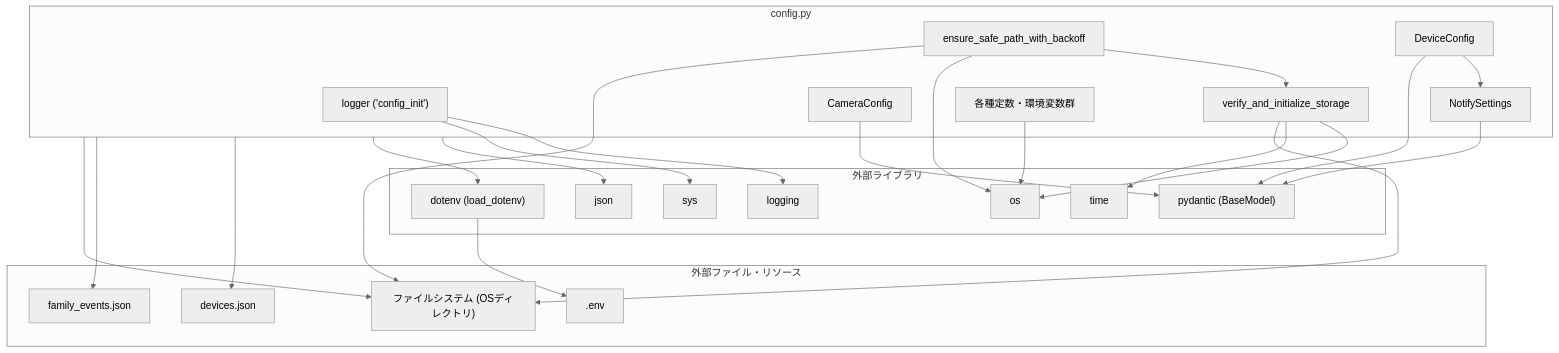
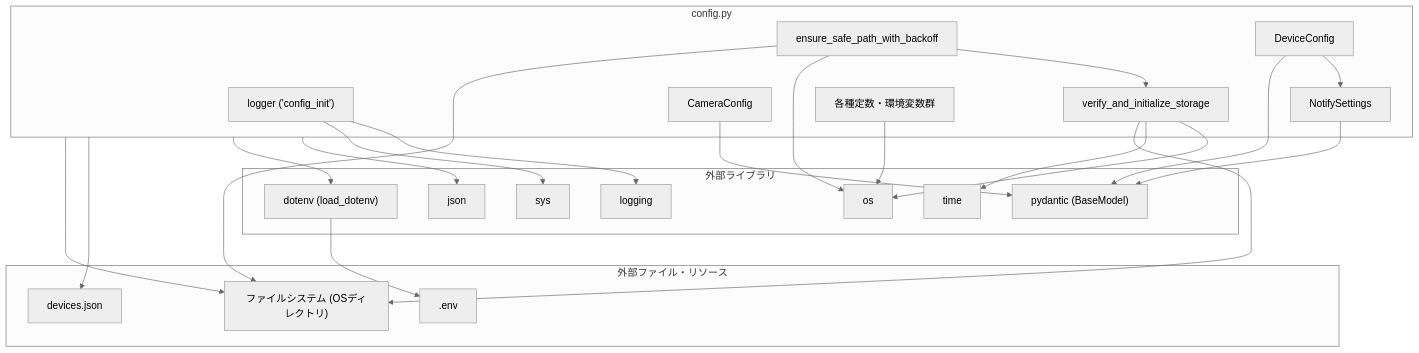
The second of 2 diagrams in docs/specifications/MY_HOME_SYSTEM/config.md (mmtigers/my_python_project), drawn with Mermaid (neutral theme) before and after one commit. The commit also changed other lines of this file and 46 other files, not shown here.

````diff
--- a/docs/specifications/MY_HOME_SYSTEM/config.md
+++ b/docs/specifications/MY_HOME_SYSTEM/config.md
@@ -304,55 +296,53 @@
 ```mermaid
 flowchart TD
     subgraph SubConfig["config.py"]
         logger["logger ('config_init')"]
         verify_and_initialize_storage
         ensure_safe_path_with_backoff
         CameraConfig
         NotifySettings
         DeviceConfig
         EnvVars["各種定数・環境変数群"]
     end
 
     subgraph SubExtLibs["外部ライブラリ"]
         os
         sys
         json
         time
         logging
         dotenv["dotenv (load_dotenv)"]
         pydantic["pydantic (BaseModel)"]
     end
 
     subgraph SubResources["外部ファイル・リソース"]
         env_file[".env"]
         devices_json["devices.json"]
-        family_events_json["family_events.json"]
         file_system["ファイルシステム (OSディレクトリ)"]
     end
 
     %% config.py内の依存関係
     ensure_safe_path_with_backoff --> verify_and_initialize_storage
     DeviceConfig --> NotifySettings
     
     %% 外部ライブラリへの依存
     verify_and_initialize_storage --> os
     verify_and_initialize_storage --> time
     logger --> logging
     logger --> sys
     ensure_safe_path_with_backoff --> os
     EnvVars --> os
     SubConfig --> json
     SubConfig --> dotenv
     CameraConfig --> pydantic
     NotifySettings --> pydantic
     DeviceConfig --> pydantic
 
     %% 外部リソースへの依存
     dotenv --> env_file
     SubConfig --> devices_json
-    SubConfig --> family_events_json
     verify_and_initialize_storage --> file_system
     ensure_safe_path_with_backoff --> file_system
     SubConfig --> file_system
 
 ```
````
